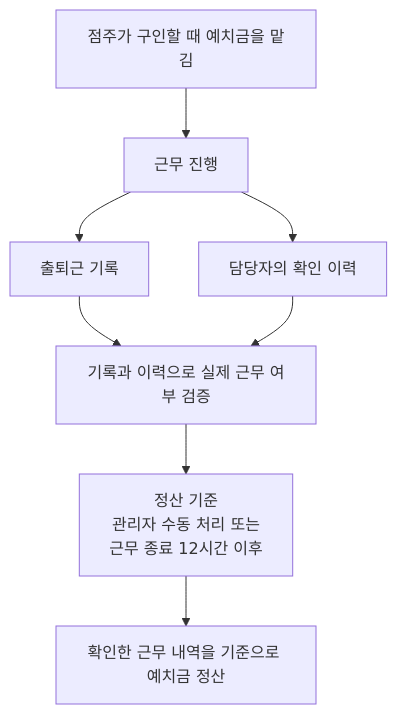
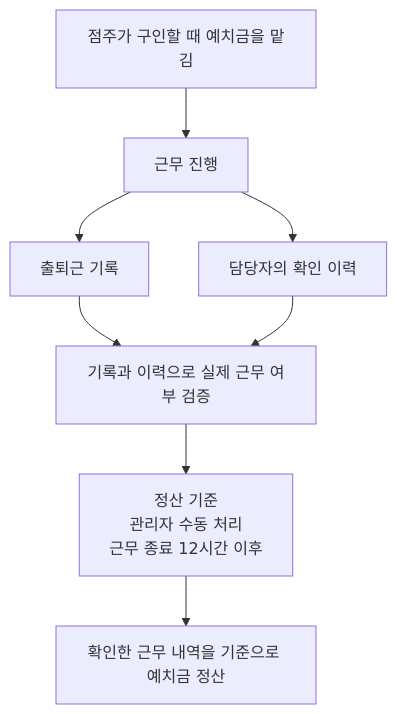
One commit to KimHG1995/work-history changed the first of 3 diagrams in projects/platform-operations/settlement.md. Above: the diagram before and after it, drawn with Mermaid.

Commit message:
docs: 정산 조건의 선택 관계 단정 제거

````diff
--- a/projects/platform-operations/settlement.md
+++ b/projects/platform-operations/settlement.md
@@ -50,10 +50,10 @@
 ```mermaid
 flowchart TD
     deposit["점주가 구인할 때 예치금을 맡김"] --> work["근무 진행"]
     work --> attendance["출퇴근 기록"]
     work --> confirmation["담당자의 확인 이력"]
     attendance --> verify["기록과 이력으로 실제 근무 여부 검증"]
     confirmation --> verify
-    verify --> timing["정산 기준<br/>관리자 수동 처리 또는<br/>근무 종료 12시간 이후"]
+    verify --> timing["정산 기준<br/>관리자 수동 처리<br/>근무 종료 12시간 이후"]
     timing --> settlement["확인한 근무 내역을 기준으로 예치금 정산"]
 ```
````
